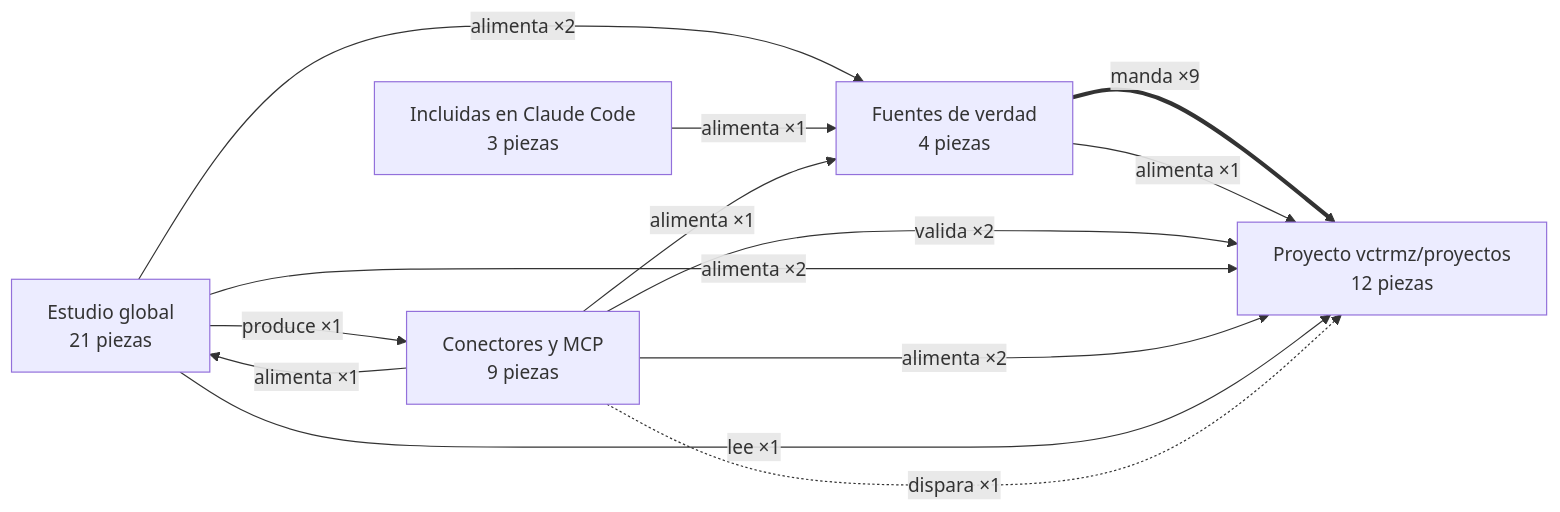
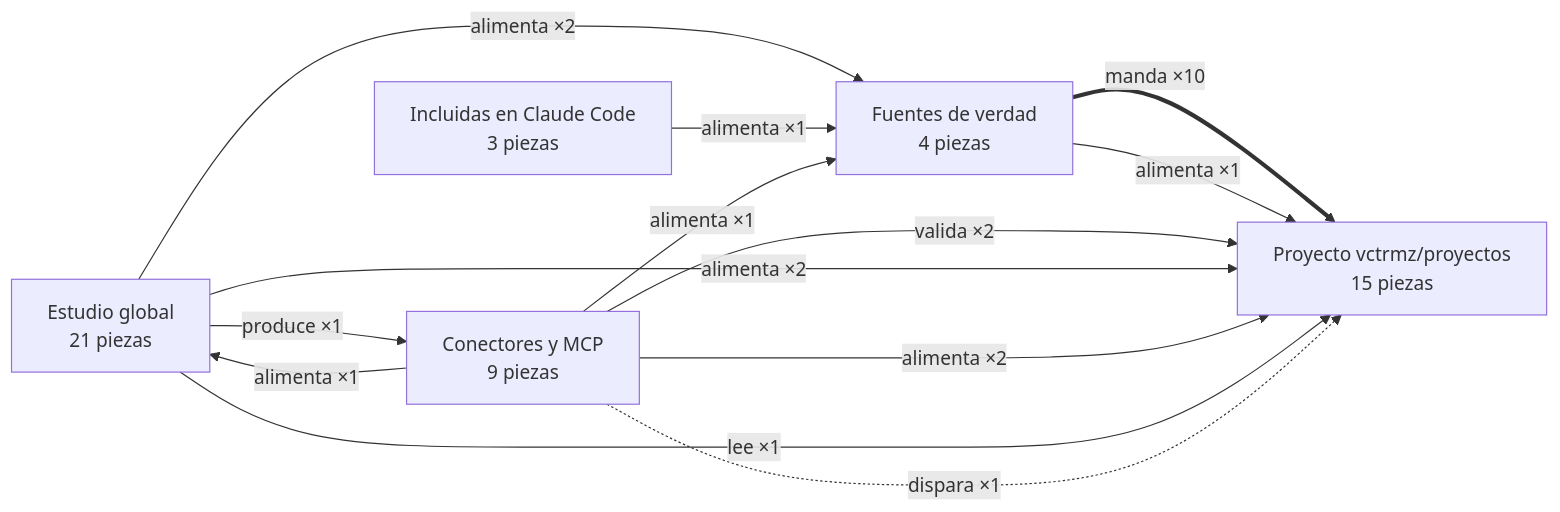
Before and after one commit to vctrmz/claude-estudio: the first of 9 diagrams in mapa/MAPA.md, drawn with Mermaid. The commit also changed other lines of this file and 1 other file, not shown here.

````diff
--- a/mapa/MAPA.md
+++ b/mapa/MAPA.md
@@ -36,20 +36,20 @@
 ```mermaid
 flowchart LR
   fuente["Fuentes de verdad<br>4 piezas"]
-  proyecto["Proyecto vctrmz/proyectos<br>12 piezas"]
+  proyecto["Proyecto vctrmz/proyectos<br>15 piezas"]
   estudio["Estudio global<br>21 piezas"]
   conector["Conectores y MCP<br>9 piezas"]
   anthropic["Incluidas en Claude Code<br>3 piezas"]
-  fuente ==>|manda ×9| proyecto
+  fuente ==>|manda ×10| proyecto
   fuente -->|alimenta ×1| proyecto
   estudio -->|alimenta ×2| fuente
   anthropic -->|alimenta ×1| fuente
   conector -->|valida ×2| proyecto
   estudio -->|alimenta ×2| proyecto
   conector -->|alimenta ×2| proyecto
   conector -->|alimenta ×1| estudio
   estudio -->|produce ×1| conector
   conector -->|alimenta ×1| fuente
   estudio -->|lee ×1| proyecto
   conector -.->|dispara ×1| proyecto
 ```
````
